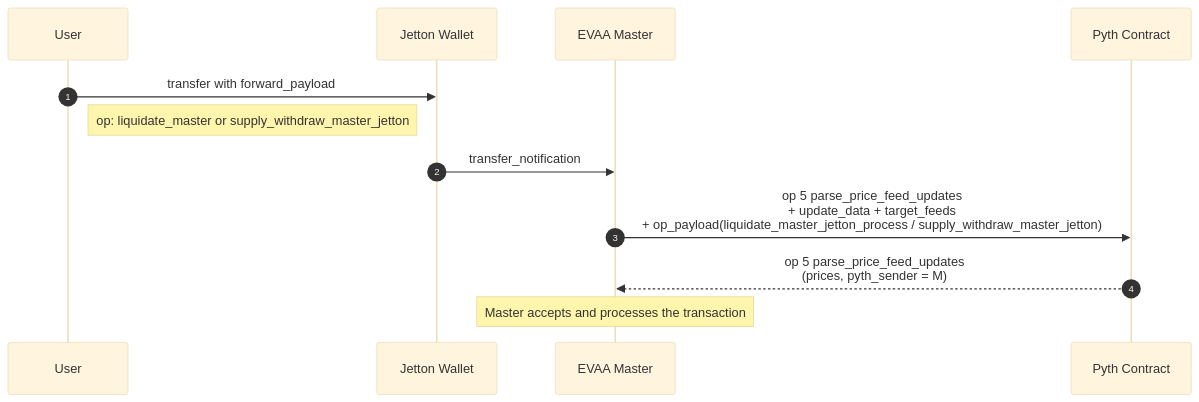
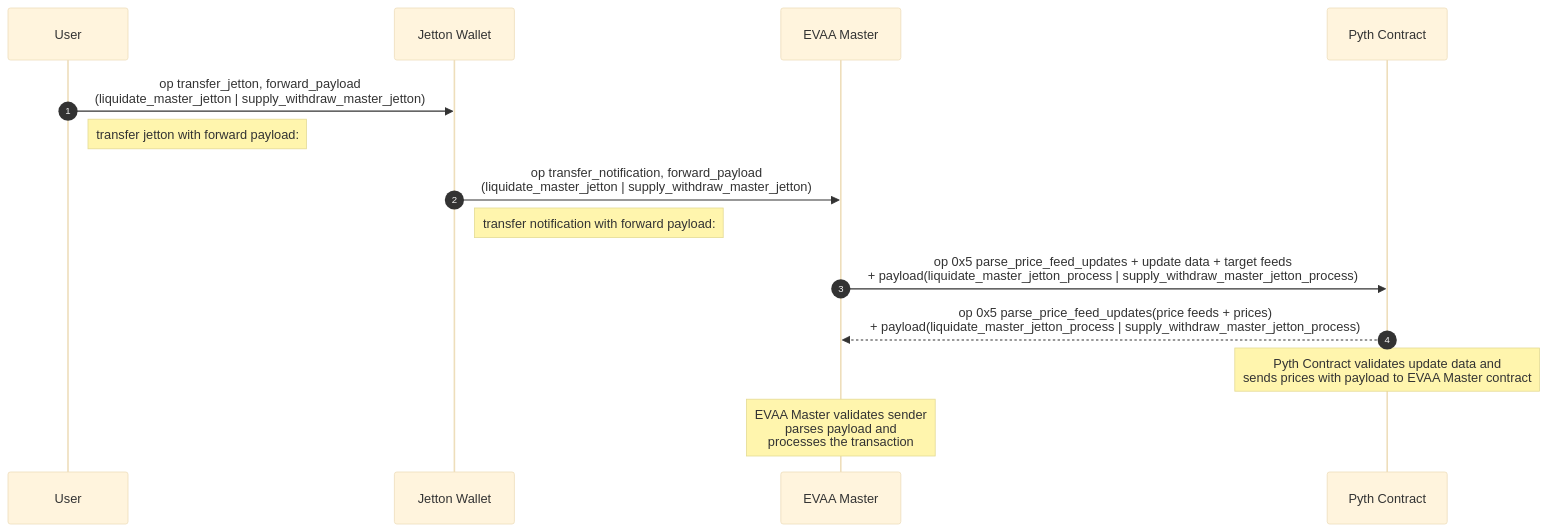
Before and after one commit to pyth-network/documentation: the fourth of 7 diagrams in pages/price-feeds/use-real-time-data/ton.mdx, drawn with Mermaid (base theme). The commit also changed other lines of this file, not shown here.

Commit message:
clarify evaa flow, add pyth connector flow

````diff
--- a/pages/price-feeds/use-real-time-data/ton.mdx
+++ b/pages/price-feeds/use-real-time-data/ton.mdx
@@ -189,15 +216,17 @@
 ```mermaid
 sequenceDiagram
   autonumber
   participant U as User
   participant JW as Jetton Wallet
   participant M as EVAA Master
   participant P as Pyth Contract
 
-  U->>JW: transfer with forward_payload
-  note right of U: op: liquidate_master or supply_withdraw_master_jetton
-  JW->>M: transfer_notification
-  M->>P: op 5 parse_price_feed_updates<br/>+ update_data + target_feeds<br/>+ op_payload(liquidate_master_jetton_process / supply_withdraw_master_jetton)
-  P-->>M: op 5 parse_price_feed_updates<br/>(prices, pyth_sender = M)
-  note over M: Master accepts and processes the transaction
+  U->>JW: op transfer_jetton, forward_payload<br/>(liquidate_master_jetton | supply_withdraw_master_jetton)
+  note right of U: transfer jetton with forward payload:
+  JW->>M: op transfer_notification, forward_payload<br/>(liquidate_master_jetton | supply_withdraw_master_jetton)
+  note right of JW: transfer notification with forward payload:
+  M->>P: op 0x5 parse_price_feed_updates + update data + target feeds<br/>+ payload(liquidate_master_jetton_process | supply_withdraw_master_jetton_process)
+  P-->>M: op 0x5 parse_price_feed_updates(price feeds + prices)<br/>+ payload(liquidate_master_jetton_process | supply_withdraw_master_jetton_process)
+  note over P: Pyth Contract validates update data and <br/> sends prices with payload to EVAA Master contract
+  note over M: EVAA Master validates sender <br/> parses payload and <br/> processes the transaction
 ```
````
